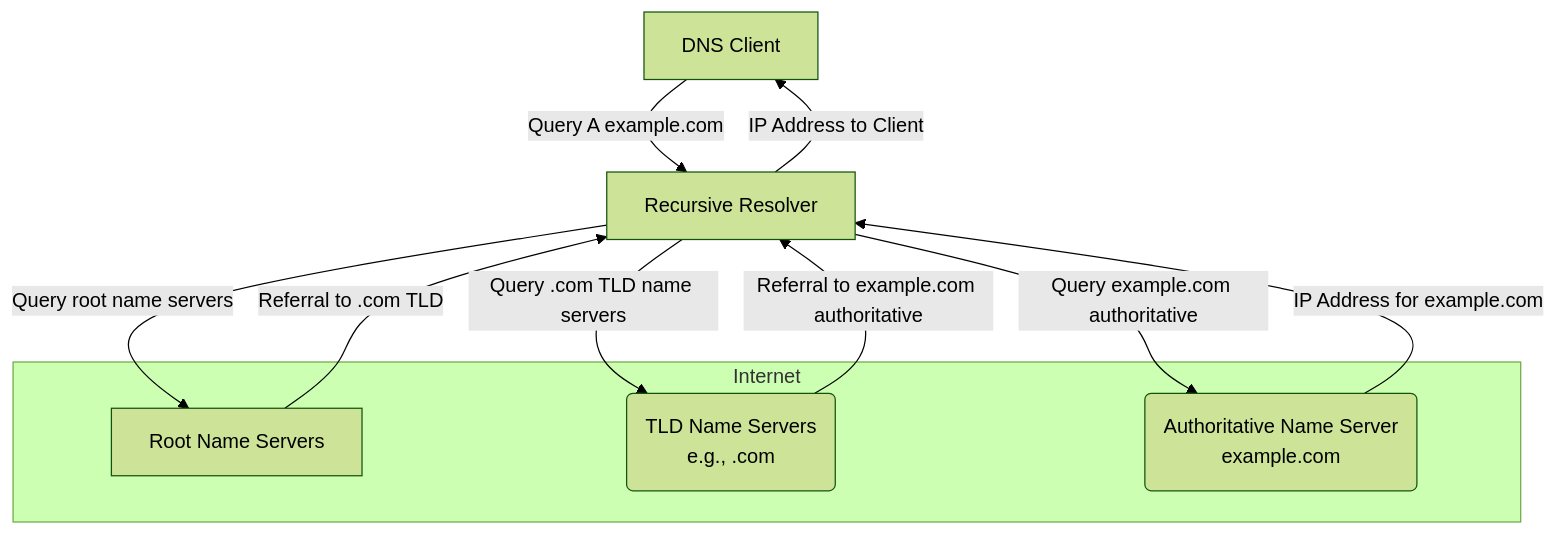
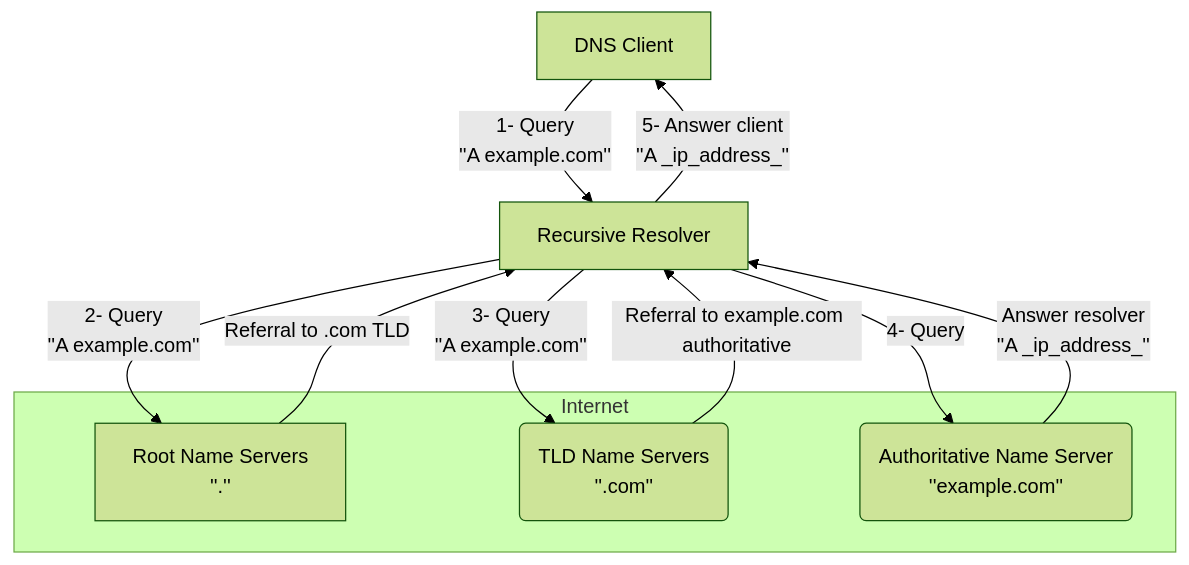
One commit to luigiminardim/UnB-FinalProject-DnsOverBitcoin changed the diagram in report.md. Above: the diagram before and after it, drawn with Mermaid (forest theme). The commit also changed other lines of this file, not shown here.

````diff
--- a/report.md
+++ b/report.md
@@ -160,17 +161,17 @@
 ```mermaid
 graph TD
-    DnsClient[DNS Client] -->|Query A example.com| Recursive[Recursive Resolver];
-    Recursive -->|Query root name servers| Root[Root Name Servers];
+    DnsClient[DNS Client] -->|1- Query<br>''A example.com''| Recursive[Recursive Resolver];
+    Recursive -->|2- Query<br>''A example.com''| Root[Root Name Servers<br>''.''];
     Root -->|Referral to .com TLD| Recursive;
-    Recursive -->|Query .com TLD name servers| D(TLD Name Servers <br> e.g., .com);
-    D -->|Referral to example.com authoritative| Recursive;
-    Recursive -->|Query example.com authoritative| E(Authoritative Name Server <br> example.com);
-    E -->|IP Address for example.com| Recursive;
-    Recursive -->|IP Address to Client| DnsClient;
+    Recursive -->|3- Query<br>''A example.com''| TLD(TLD Name Servers <br> ''.com'');
+    TLD -->|Referral to example.com authoritative| Recursive;
+    Recursive -->|4- Query| Authoritative(Authoritative Name Server <br>''example.com'');
+    Authoritative -->|Answer resolver<br>''A _ip_address_''| Recursive;
+    Recursive -->|5- Answer client<br>''A _ip_address_''| DnsClient;
 
     subgraph Internet
         Root
-        D
-        E
+        TLD
+        Authoritative
     end
 ```
````
